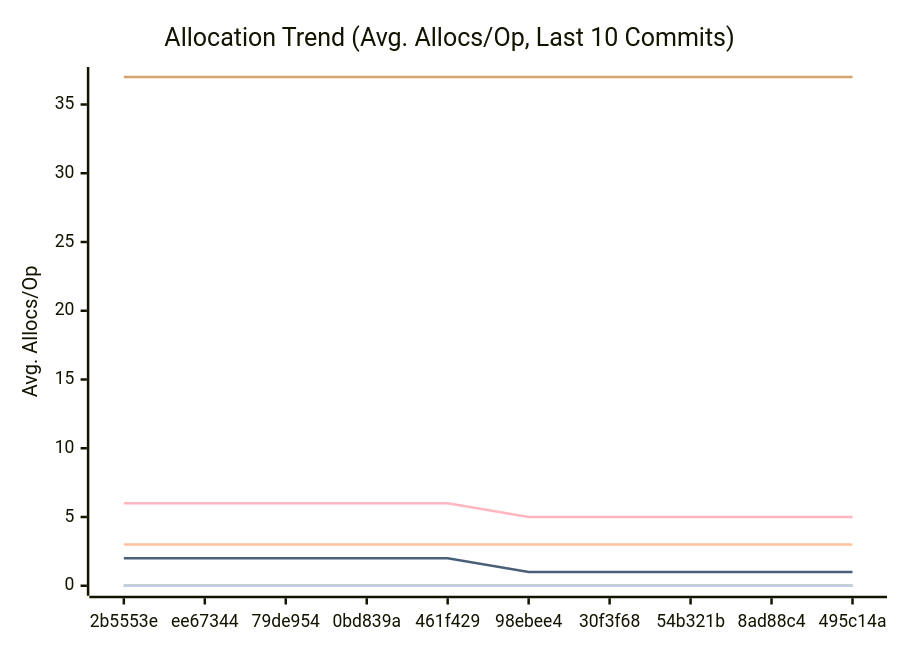
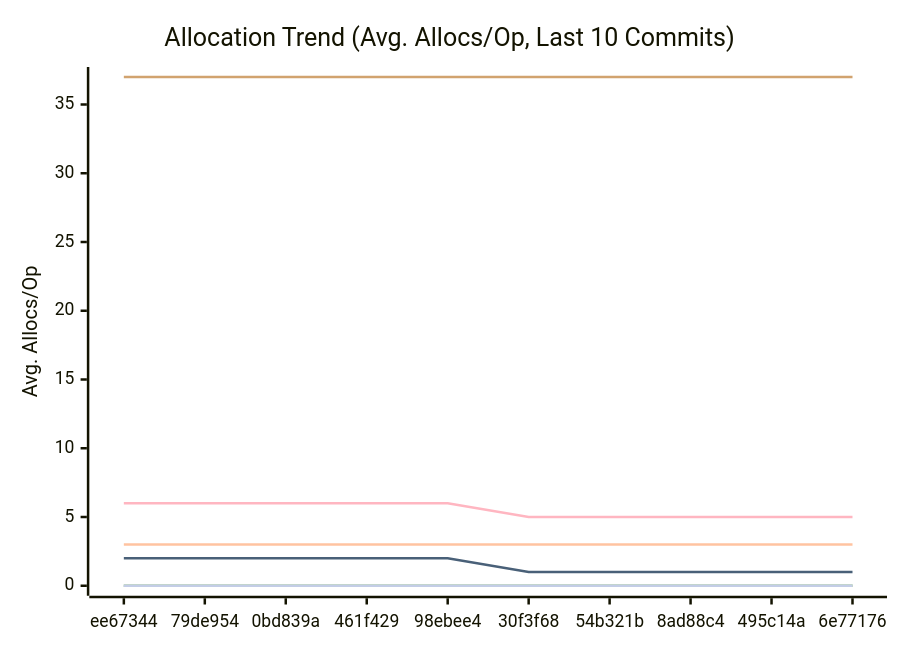
The third of 3 diagrams in docs/PERFORMANCE.md (alsotoes/momo), drawn with Mermaid before and after one commit. The commit also changed other lines of this file and 3 other files, not shown here.

````diff
--- a/docs/PERFORMANCE.md
+++ b/docs/PERFORMANCE.md
@@ -164,16 +164,16 @@
 ```mermaid
 xychart-beta
     title "Allocation Trend (Avg. Allocs/Op, Last 10 Commits)"
     x-axis "Commit"
     y-axis "Avg. Allocs/Op"
-    x-axis [2b5553e,ee67344,79de954,0bd839a,461f429,98ebee4,30f3f68,54b321b,8ad88c4,495c14a]
+    x-axis [ee67344,79de954,0bd839a,461f429,98ebee4,30f3f68,54b321b,8ad88c4,495c14a,6e77176]
     line "CheckMetricsAndSwap" [0,0,0,0,0,0,0,0,0,0]
     line "CrushOptimized" [0,0,0,0,0,0,0,0,0,0]
     line "CrushOriginal" [3,3,3,3,3,3,3,3,3,3]
     line "IndexDirectTracking" [0,0,0,0,0,0,0,0,0,0]
     line "IndexSearch" [0,0,0,0,0,0,0,0,0,0]
     line "LoadGlobalConfig" [37,37,37,37,37,37,37,37,37,37]
     line "PadString" [0,0,0,0,0,0,0,0,0,0]
     line "ParseReplicationOrder_NoPrealloc" [6,6,6,6,6,5,5,5,5,5]
     line "ParseReplicationOrder_Prealloc" [2,2,2,2,2,1,1,1,1,1]
 ```
````
